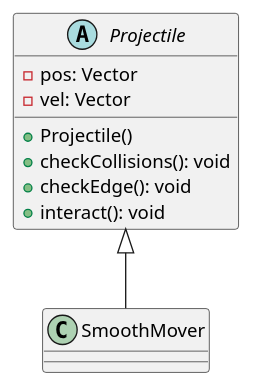
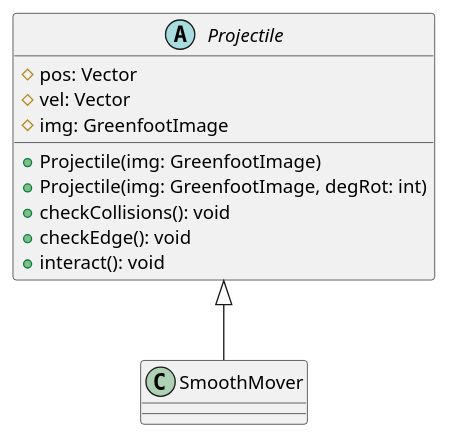
The diagram in UML/Projectile.puml (eli-wood-dev/Roads-of-Rage), drawn with PlantUML before and after one commit. The commit also changed 4 other files, not shown here.

```diff
--- a/UML/Projectile.puml
+++ b/UML/Projectile.puml
@@ -1,15 +1,19 @@
 @startuml
 
 abstract class Projectile
 class SmoothMover
 
 Projectile <|-- SmoothMover
 
-Projectile : -pos: Vector
-Projectile : -vel: Vector
-Projectile : +Projectile()
+Projectile : #pos: Vector
+Projectile : #vel: Vector
+Projectile : #img: GreenfootImage
+
+Projectile : +Projectile(img: GreenfootImage)
+Projectile : +Projectile(img: GreenfootImage, degRot: int)
+
 Projectile : +checkCollisions(): void
 Projectile : +checkEdge(): void
 Projectile : +interact(): void
 
 @enduml
```
